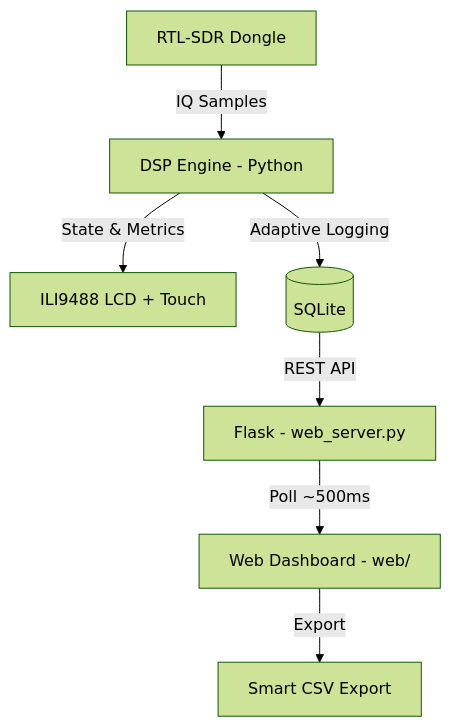
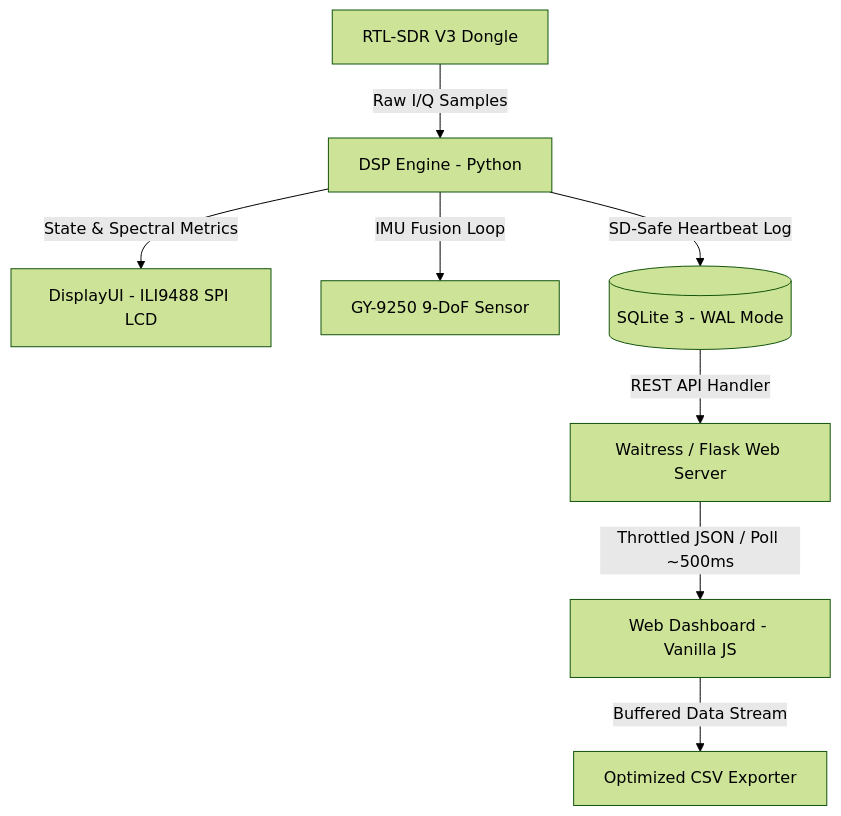
One commit to 67010655/Jamming-Detector-Handheld changed the first of 2 diagrams in README.md. Above: the diagram before and after it, drawn with Mermaid (forest theme). The commit also changed other lines of this file, not shown here.

Commit message:
Update README.md with professional senior dev architecture and engineering highlights

````diff
--- a/README.md
+++ b/README.md
@@ -68,9 +26,10 @@
 ```mermaid
 graph TD
-    SDR[RTL-SDR Dongle] -->|IQ Samples| DSP[DSP Engine - Python]
-    DSP -->|State & Metrics| UI[ILI9488 LCD + Touch]
-    DSP -->|Adaptive Logging| DB[(SQLite)]
-    DB -->|REST API| API[Flask - web_server.py]
-    API -->|Poll ~500ms| WEB[Web Dashboard - web/]
-    WEB -->|Export| CSV[Smart CSV Export]
+    SDR[RTL-SDR V3 Dongle] -->|Raw I/Q Samples| DSP[DSP Engine - Python]
+    DSP -->|State & Spectral Metrics| UI[DisplayUI - ILI9488 SPI LCD]
+    DSP -->|IMU Fusion Loop| IMU[GY-9250 9-DoF Sensor]
+    DSP -->|SD-Safe Heartbeat Log| DB[(SQLite 3 - WAL Mode)]
+    DB -->|REST API Handler| WSGI[Waitress / Flask Web Server]
+    WSGI -->|Throttled JSON / Poll ~500ms| Browser[Web Dashboard - Vanilla JS]
+    Browser -->|Buffered Data Stream| CSV[Optimized CSV Exporter]
 ```
````
